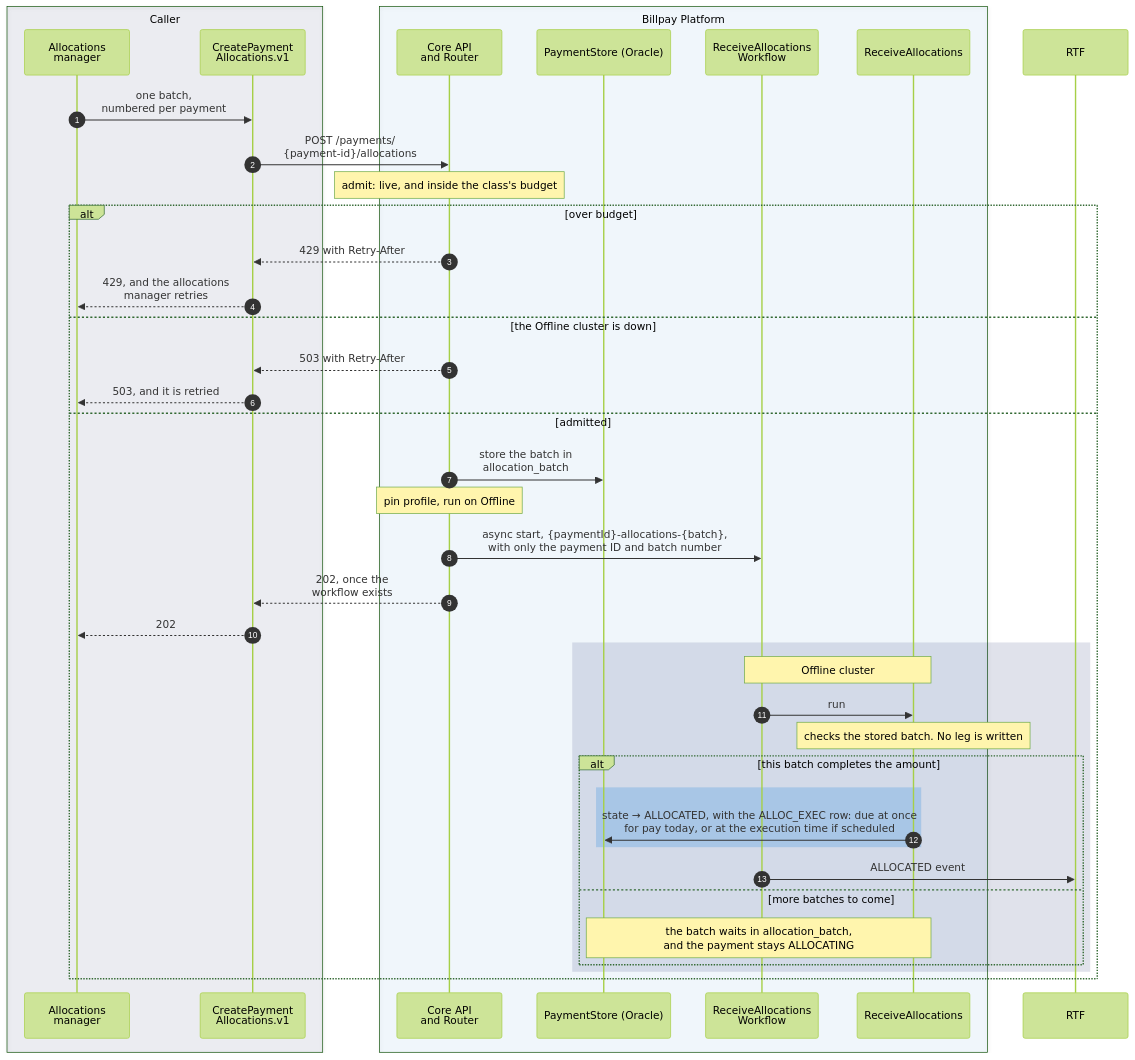
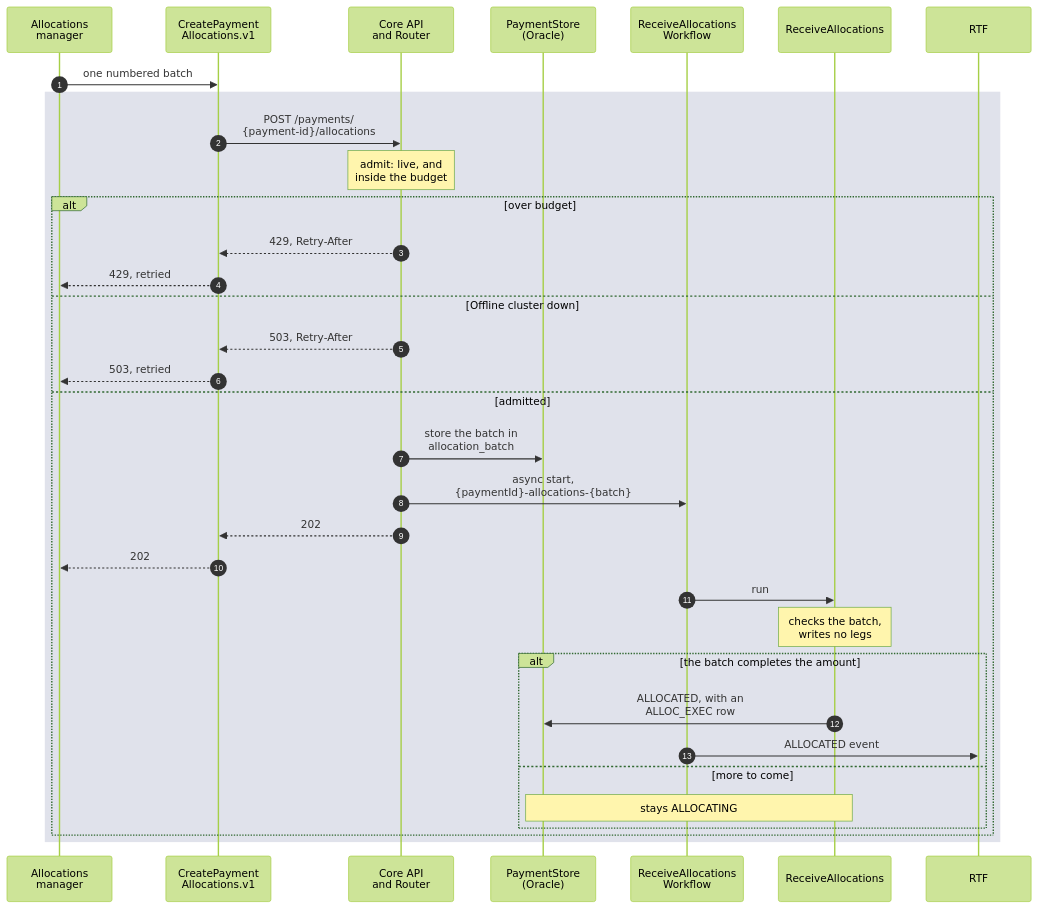
Diagram 13 of 16 in website/docs/design/sequence-diagrams.md (arunav-bhattacharya/billpay-book), drawn with Mermaid (forest theme) before and after one commit. The commit also changed other lines of this file and 43 other files, not shown here.

First line of the commit message:
One sequence-diagram style; journeys editable as YAML

````diff
--- a/website/docs/design/sequence-diagrams.md
+++ b/website/docs/design/sequence-diagrams.md
@@ -830,55 +693,46 @@
 ```mermaid
 ---
 config:
   fontFamily: "BentonSansUI, Helvetica, Arial, sans-serif"
   fontSize: 15
 ---
 sequenceDiagram
   %% Pink arrows: something outside starts or resumes the payment.
   %% trigger: async start
   autonumber
 
-  box rgba(0,23,90,0.07) Caller
-    participant AM as Allocations<br/>manager
-    participant OD as CreatePayment<br/>Allocations.v1
-  end
-
-  box rgba(0,111,207,0.05) Billpay Platform
-    participant R as Core API<br/>and Router
-    participant PS as PaymentStore (Oracle)
-    participant RW as ReceiveAllocations<br/>Workflow
-    participant RC as ReceiveAllocations
-  end
+  participant AM as Allocations<br/>manager
+  participant OD as CreatePayment<br/>Allocations.v1
+  participant R as Core API<br/>and Router
+  participant PS as PaymentStore<br/>(Oracle)
+  participant RW as ReceiveAllocations<br/>Workflow
+  participant RC as ReceiveAllocations
 
   participant RTF
 
-  AM->>OD: one batch,<br/>numbered per payment
-  OD->>R: POST /payments/<br/>{payment-id}/allocations
-  Note over R: admit: live, and inside the class's budget
-  alt over budget
-    R-->>OD: 429 with Retry-After
-    OD-->>AM: 429, and the allocations<br/>manager retries
-  else the Offline cluster is down
-    R-->>OD: 503 with Retry-After
-    OD-->>AM: 503, and it is retried
-  else admitted
-    R->>PS: store the batch in<br/>allocation_batch
-    Note over R: pin profile, run on Offline
-    R->>RW: async start, {paymentId}-allocations-{batch},<br/>with only the payment ID and batch number
-    R-->>OD: 202, once the<br/>workflow exists
-    OD-->>AM: 202
-    rect rgba(0,23,90,0.12)
-      Note over RW,RC: Offline cluster
+  AM->>OD: one numbered batch
+  rect rgba(0,23,90,0.12)
+    OD->>R: POST /payments/<br/>{payment-id}/allocations
+    Note over R: admit: live, and<br/>inside the budget
+    alt over budget
+      R-->>OD: 429, Retry-After
+      OD-->>AM: 429, retried
+    else Offline cluster down
+      R-->>OD: 503, Retry-After
+      OD-->>AM: 503, retried
+    else admitted
+      R->>PS: store the batch in<br/>allocation_batch
+      R->>RW: async start,<br/>{paymentId}-allocations-{batch}
+      R-->>OD: 202
+      OD-->>AM: 202
       RW->>RC: run
-      Note over RC: checks the stored batch. No leg is written
-      alt this batch completes the amount
-        rect rgba(102,169,226,0.40)
-          RC->>PS: state → ALLOCATED, with the ALLOC_EXEC row: due at once<br/>for pay today, or at the execution time if scheduled
-        end
+      Note over RC: checks the batch,<br/>writes no legs
+      alt the batch completes the amount
+        RC->>PS: ALLOCATED, with an<br/>ALLOC_EXEC row
         RW->>RTF: ALLOCATED event
-      else more batches to come
-        Note over RC,PS: the batch waits in allocation_batch,<br/>and the payment stays ALLOCATING
+      else more to come
+        Note over RC,PS: stays ALLOCATING
       end
     end
   end
 ```
````
